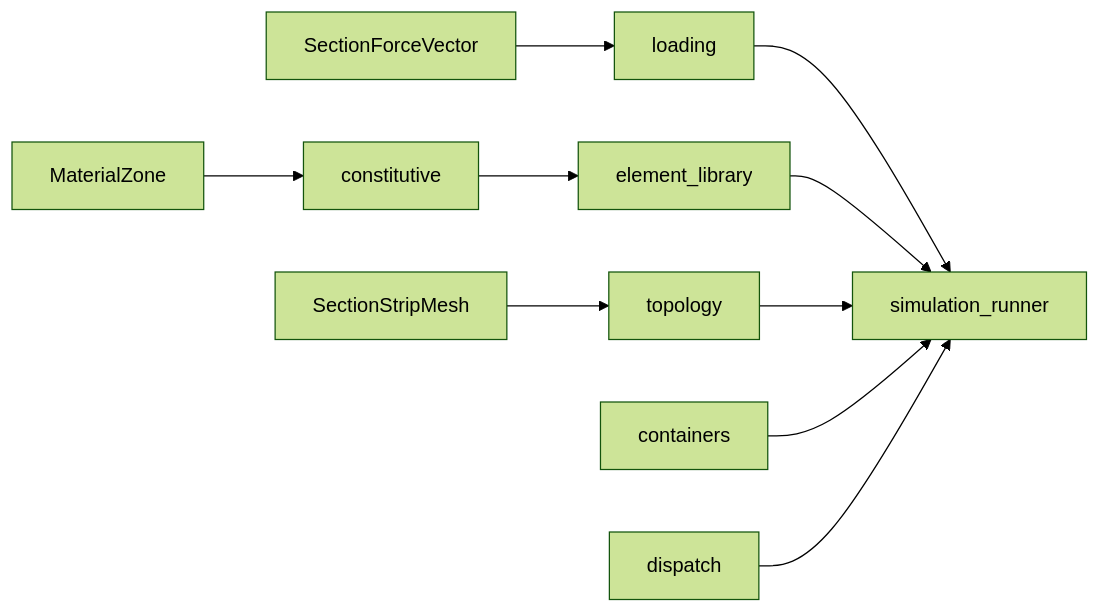
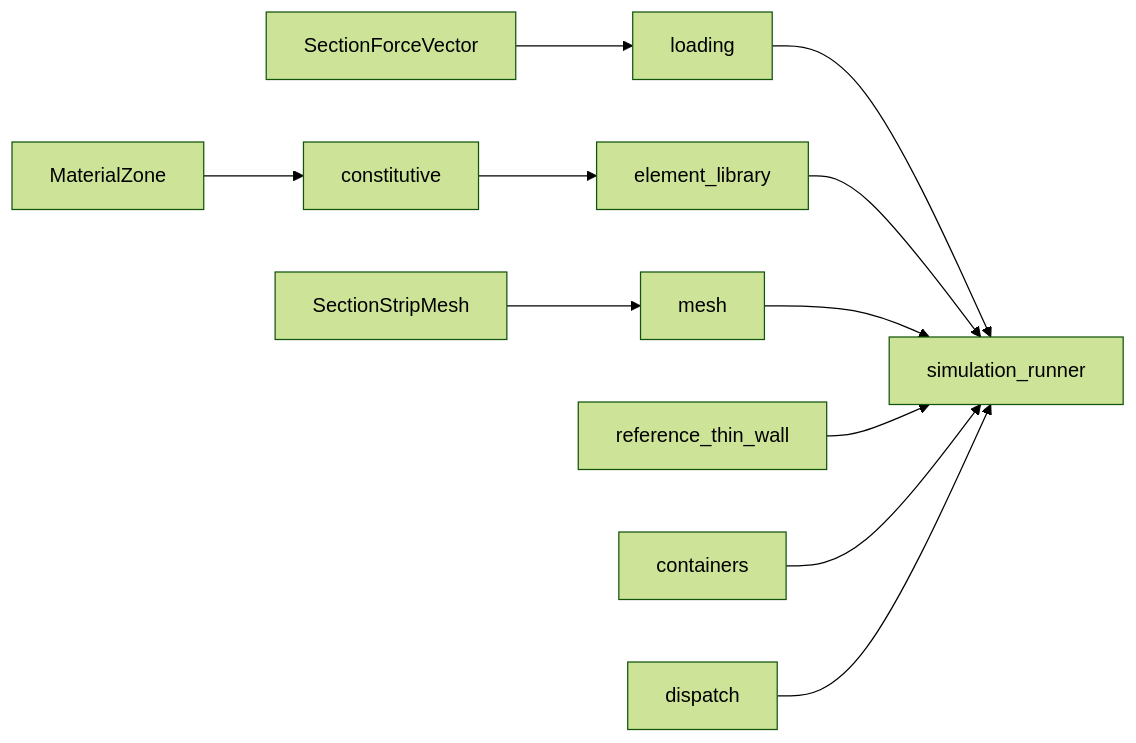
The diagram in section_shell_fea/pre_processing/README.md (samhughes-fea/shell-fem), drawn with Mermaid (forest theme) before and after one commit. The commit also changed other lines of this file, not shown here.

````diff
--- a/section_shell_fea/pre_processing/README.md
+++ b/section_shell_fea/pre_processing/README.md
@@ -39,12 +46,13 @@
 ```mermaid
 flowchart LR
   SFV[SectionForceVector] --> loading
   zones[MaterialZone] --> constitutive
-  strip[SectionStripMesh] --> topology
+  strip[SectionStripMesh] --> mesh
   constitutive --> element_library
   loading --> runner[simulation_runner]
   element_library --> runner
-  topology --> runner
+  mesh --> runner
+  reference_thin_wall --> runner
   containers --> runner
   dispatch --> runner
 ```
````
